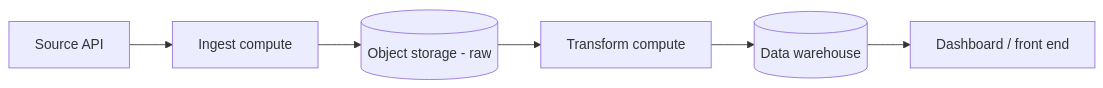
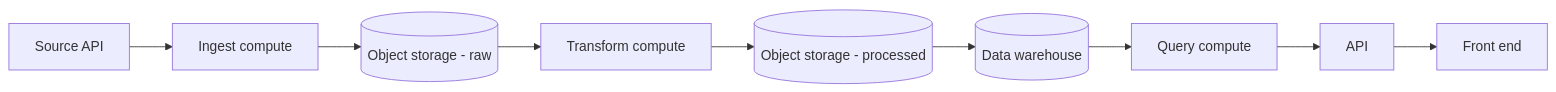
The first of 3 diagrams in docs/architecture.md (mohammed-taha-el-ahmar/aws-data-pipeline), drawn with Mermaid before and after one commit. The commit also changed other lines of this file and 40 other files, not shown here.

````diff
--- a/docs/architecture.md
+++ b/docs/architecture.md
@@ -5,8 +5,11 @@
 ```mermaid
 flowchart LR
     A[Source API] --> B[Ingest compute]
     B --> C[(Object storage - raw)]
     C --> D[Transform compute]
-    D --> E[(Data warehouse)]
-    E --> F[Dashboard / front end]
+    D --> E[(Object storage - processed)]
+    E --> F[(Data warehouse)]
+    F --> G[Query compute]
+    G --> H[API]
+    H --> I[Front end]
 ```
````
